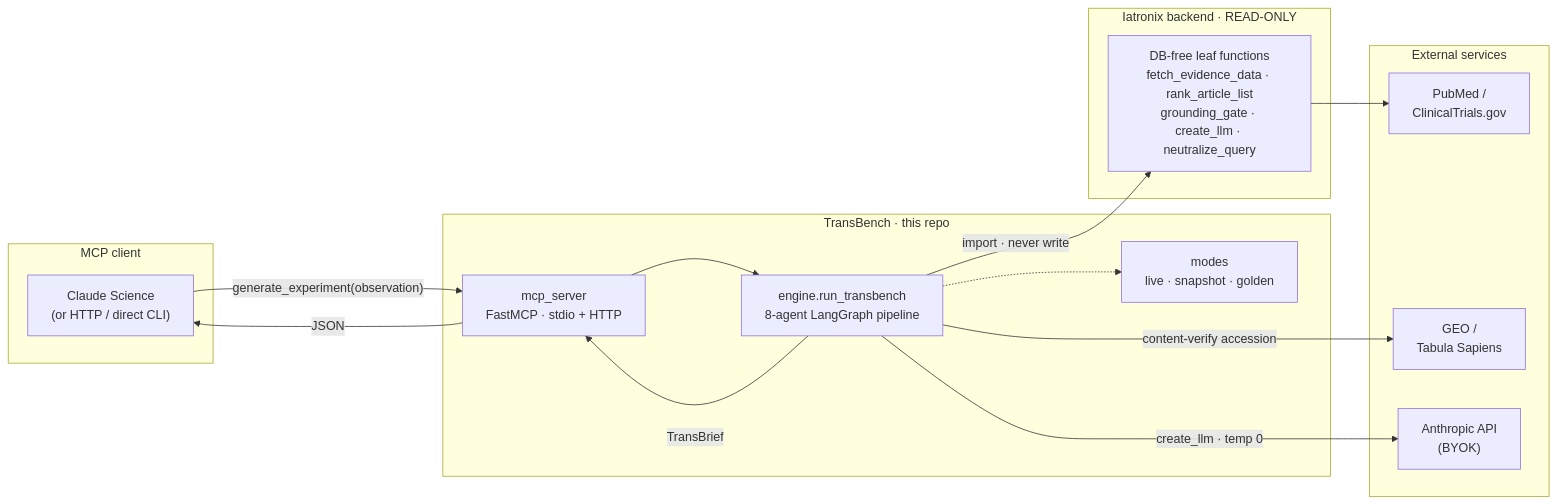
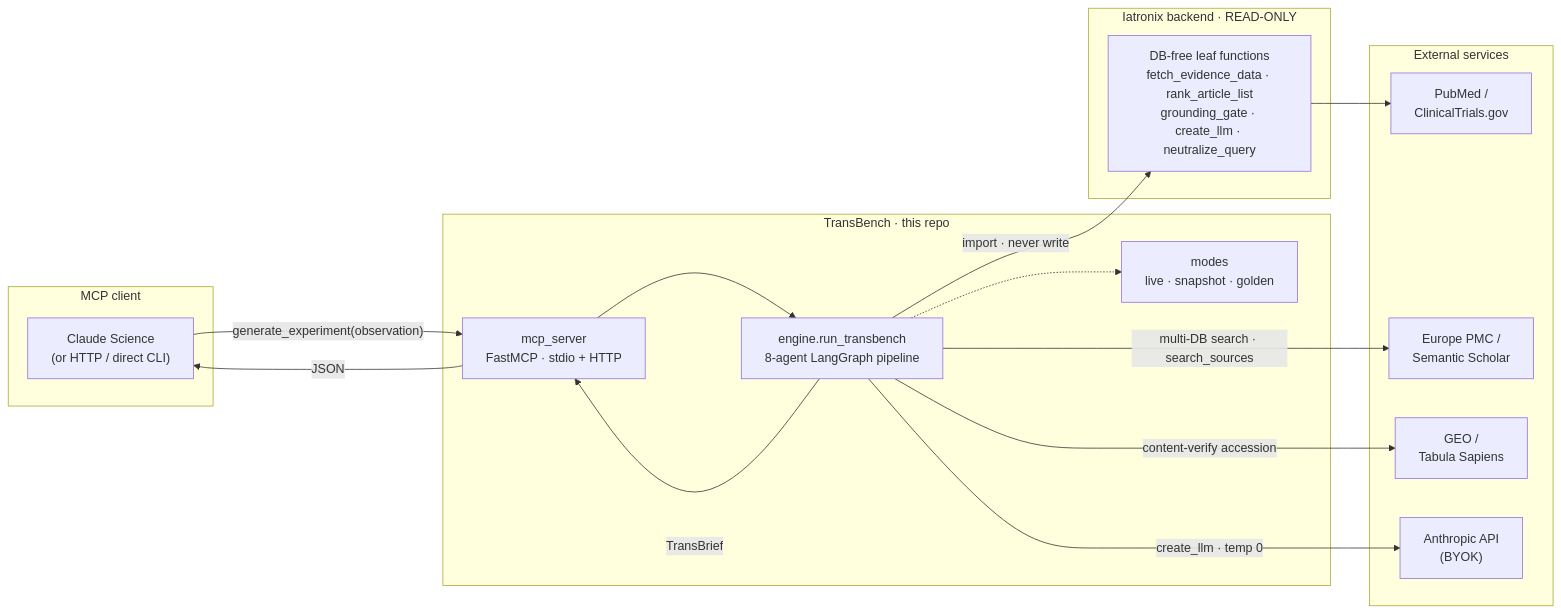
One commit to kayomarz97/TransBench changed the second of 2 diagrams in README.md. Above: the diagram before and after it, drawn with Mermaid. The commit also changed other lines of this file and 4 other files, not shown here.

````diff
--- a/README.md
+++ b/README.md
@@ -251,27 +251,29 @@
 ```mermaid
 flowchart LR
     subgraph client["MCP client"]
       CS["Claude Science<br/>(or HTTP / direct CLI)"]
     end
     subgraph tb["TransBench · this repo"]
       MCP["mcp_server<br/>FastMCP · stdio + HTTP"]
       ENG["engine.run_transbench<br/>8-agent LangGraph pipeline"]
       MODE["modes<br/>live · snapshot · golden"]
       MCP --> ENG
       ENG -.-> MODE
     end
     subgraph ia["Iatronix backend · READ-ONLY"]
       LEAF["DB-free leaf functions<br/>fetch_evidence_data · rank_article_list<br/>grounding_gate · create_llm · neutralize_query"]
     end
     subgraph ext["External services"]
       PUB["PubMed /<br/>ClinicalTrials.gov"]
+      EPMC["Europe PMC /<br/>Semantic Scholar"]
       DS["GEO /<br/>Tabula Sapiens"]
       ANTH["Anthropic API<br/>(BYOK)"]
     end
     CS -->|"generate_experiment(observation)"| MCP
     ENG -->|"import · never write"| LEAF
     LEAF --> PUB
+    ENG -->|"multi-DB search · search_sources"| EPMC
     ENG -->|"content-verify accession"| DS
     ENG -->|"create_llm · temp 0"| ANTH
     ENG -->|"TransBrief"| MCP -->|"JSON"| CS
 ```
````
